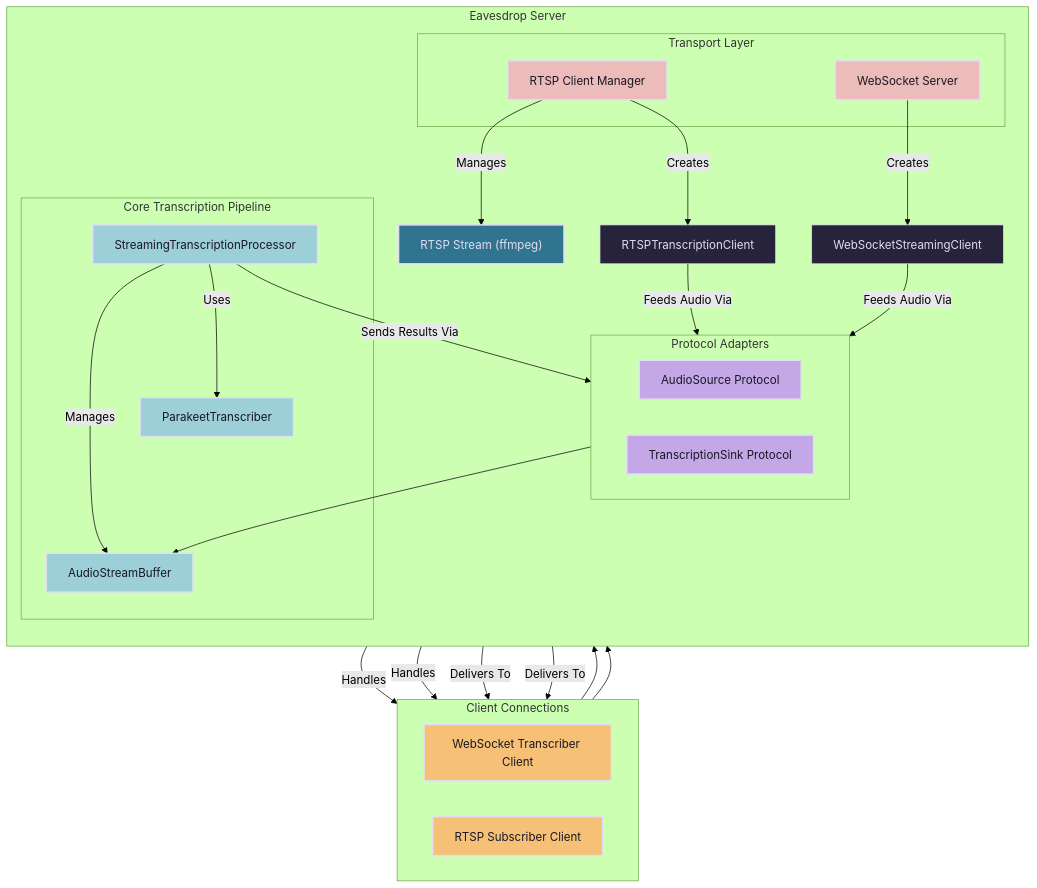
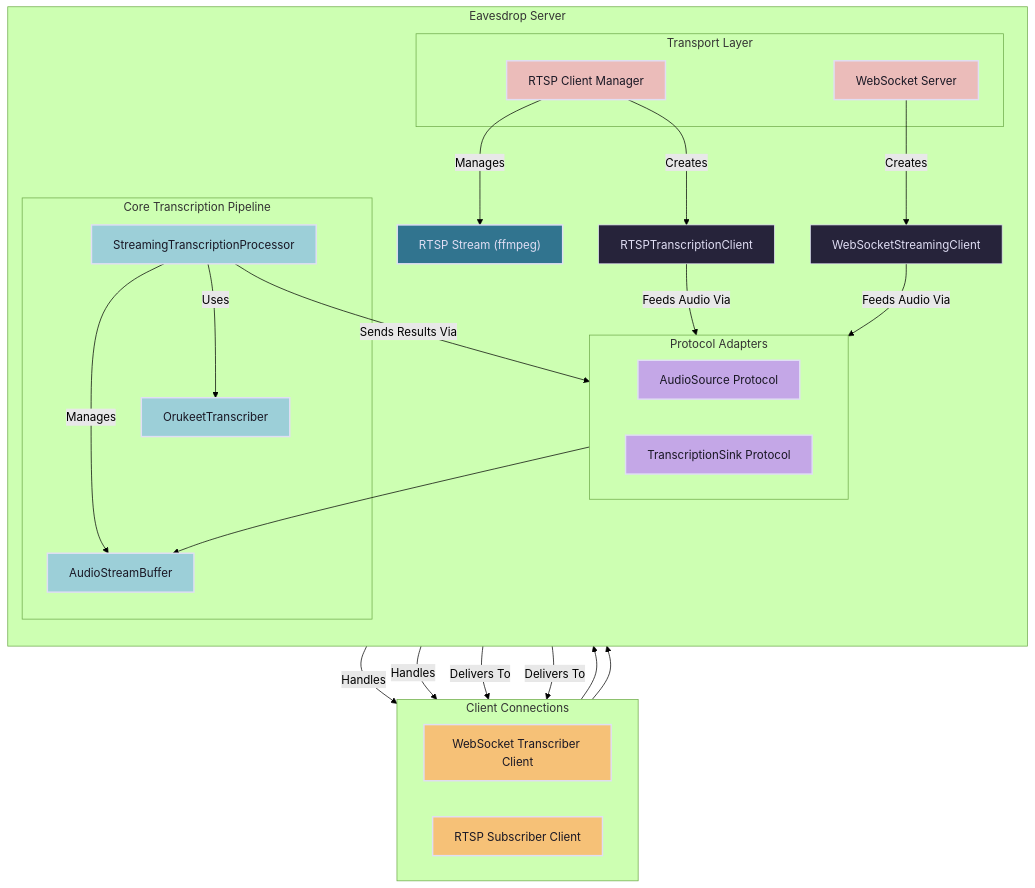
One commit to shyndman/lmnop-eavesdrop changed the first of 7 diagrams in ARCHITECTURE.md. Above: the diagram before and after it, drawn with Mermaid (forest theme). The commit also changed other lines of this file and 36 other files, not shown here.

First line of the commit message:
feat(server): replace Parakeet with CPU and Vulkan Orukeet

````diff
--- a/ARCHITECTURE.md
+++ b/ARCHITECTURE.md
@@ -9,70 +9,70 @@
 ```mermaid
 graph TD
     subgraph "Client Connections"
         direction LR
         WS_Transcriber[WebSocket Transcriber Client]
         RTSP_Subscriber[RTSP Subscriber Client]
     end
 
     subgraph "Eavesdrop Server"
         direction TB
         subgraph "Transport Layer"
             WebSocketServer[WebSocket Server]
             RTSPClientManager[RTSP Client Manager]
         end
 
         subgraph "Core Transcription Pipeline"
             StreamingProcessor[StreamingTranscriptionProcessor]
             AudioBuffer[AudioStreamBuffer]
-            ParakeetTranscriber[ParakeetTranscriber]
+            OrukeetTranscriber[OrukeetTranscriber]
 
             StreamingProcessor -- Manages --> AudioBuffer
-            StreamingProcessor -- Uses --> ParakeetTranscriber
+            StreamingProcessor -- Uses --> OrukeetTranscriber
         end
 
         subgraph "Protocol Adapters"
             direction LR
             AudioSource[AudioSource Protocol]
             TranscriptionSink[TranscriptionSink Protocol]
         end
 
         WebSocketServer -- Handles --> WS_Transcriber
         WebSocketServer -- Handles --> RTSP_Subscriber
 
         RTSPClientManager -- Manages --> RTSPStream["RTSP Stream (ffmpeg)"]
 
         WS_Transcriber --> WebSocketServer
         RTSP_Subscriber --> WebSocketServer
 
         WebSocketServer -- Creates --> WebSocketStreamingClient[WebSocketStreamingClient]
         RTSPClientManager -- Creates --> RTSPTranscriptionClient[RTSPTranscriptionClient]
 
         WebSocketStreamingClient -- Feeds Audio Via --> AudioSource
         RTSPTranscriptionClient -- Feeds Audio Via --> AudioSource
 
         AudioSource --> AudioBuffer
 
         StreamingProcessor -- Sends Results Via --> TranscriptionSink
 
         TranscriptionSink -- Delivers To --> WS_Transcriber
         TranscriptionSink -- Delivers To --> RTSP_Subscriber
     end
 
     %% Rose Pine color scheme
     style WS_Transcriber fill:#f6c177,stroke:#e0def4,stroke-width:2px,color:#191724
     style RTSP_Subscriber fill:#f6c177,stroke:#e0def4,stroke-width:2px,color:#191724
 
     style WebSocketServer fill:#ebbcba,stroke:#e0def4,stroke-width:2px,color:#191724
     style RTSPClientManager fill:#ebbcba,stroke:#e0def4,stroke-width:2px,color:#191724
     style RTSPStream fill:#31748f,stroke:#e0def4,stroke-width:2px,color:#e0def4
 
     style StreamingProcessor fill:#9ccfd8,stroke:#e0def4,stroke-width:2px,color:#191724
     style AudioBuffer fill:#9ccfd8,stroke:#e0def4,stroke-width:2px,color:#191724
-    style ParakeetTranscriber fill:#9ccfd8,stroke:#e0def4,stroke-width:2px,color:#191724
+    style OrukeetTranscriber fill:#9ccfd8,stroke:#e0def4,stroke-width:2px,color:#191724
 
     style AudioSource fill:#c4a7e7,stroke:#e0def4,stroke-width:2px,color:#191724
     style TranscriptionSink fill:#c4a7e7,stroke:#e0def4,stroke-width:2px,color:#191724
 
     style WebSocketStreamingClient fill:#26233a,stroke:#e0def4,stroke-width:1px,color:#e0def4
     style RTSPTranscriptionClient fill:#26233a,stroke:#e0def4,stroke-width:1px,color:#e0def4
 ```
````
